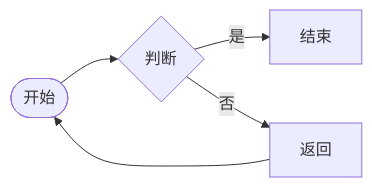
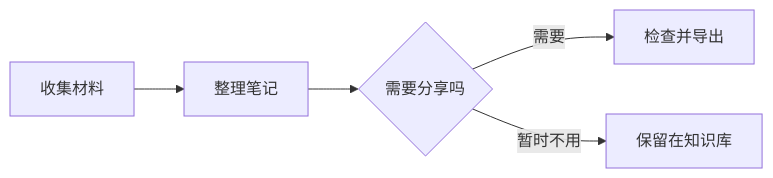
Before and after one commit to Yunz93/Mozi: the first of 3 diagrams in src-tauri/resources/sample-notes/01-Markdown-语法示例.md, drawn with Mermaid. The commit also changed other lines of this file and 67 other files, not shown here.

````diff
--- a/src-tauri/resources/sample-notes/01-Markdown-语法示例.md
+++ b/src-tauri/resources/sample-notes/01-Markdown-语法示例.md
@@ -138,7 +132,7 @@
 ```mermaid
 flowchart LR
-  A([开始]) --> B{判断}
-  B -->|是| C[结束]
-  B -->|否| D[返回]
-  D --> A
+  A[收集材料] --> B[整理笔记]
+  B --> C{需要分享吗}
+  C -->|需要| D[检查并导出]
+  C -->|暂时不用| E[保留在知识库]
 ```
````
